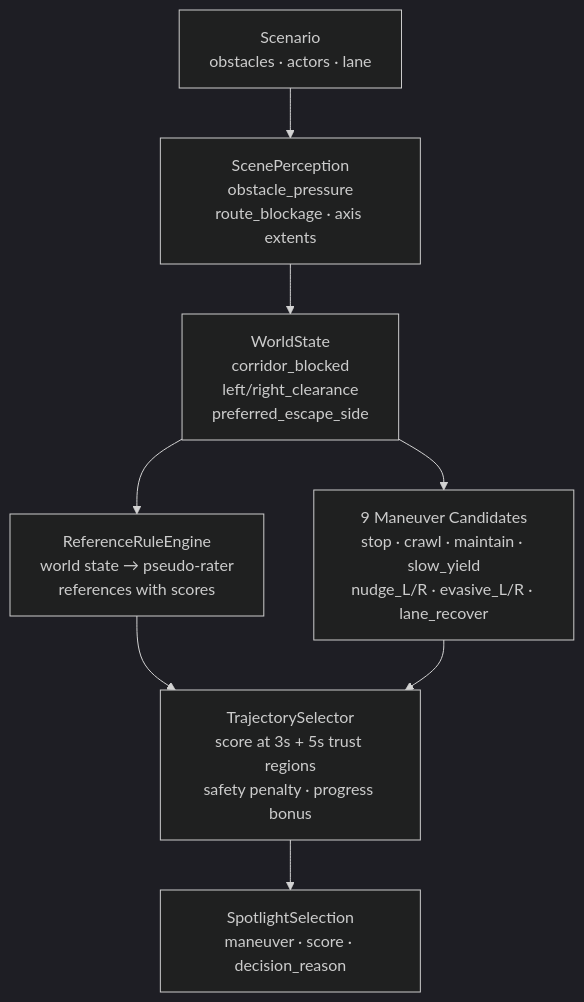
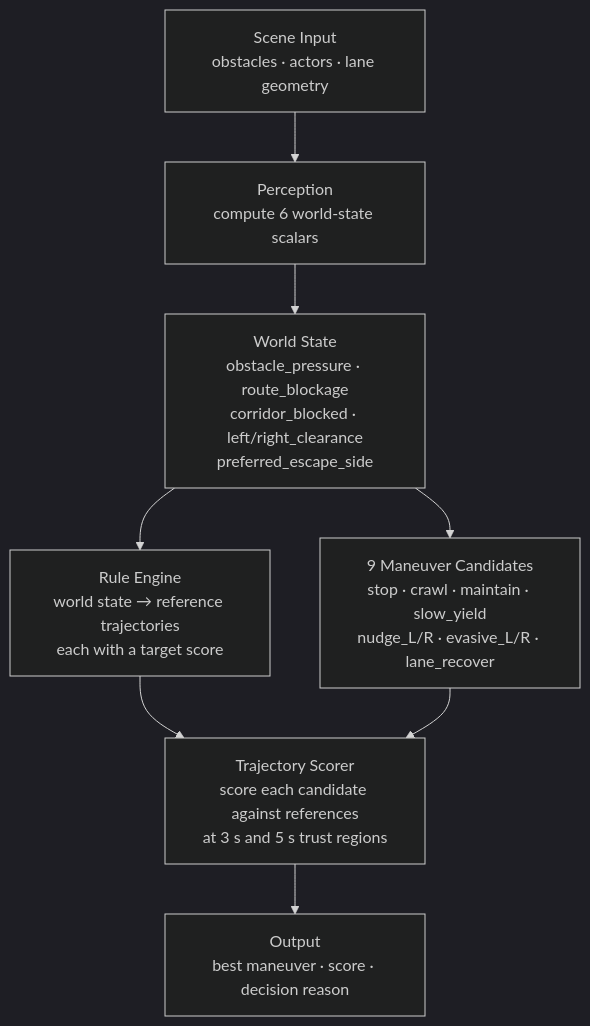
One commit to amtellezfernandez/minimal-shot-av changed the first of 3 diagrams in docs/presentation.md. Above: the diagram before and after it, drawn with Mermaid (dark theme). The commit also changed other lines of this file, not shown here.

````diff
--- a/docs/presentation.md
+++ b/docs/presentation.md
@@ -85,9 +94,9 @@
 ```mermaid
 flowchart TD
-    S[Scenario\nobstacles · actors · lane] --> P[ScenePerception\nobstacle_pressure\nroute_blockage · axis extents]
-    P --> W[WorldState\ncorridor_blocked\nleft/right_clearance\npreferred_escape_side]
-    W --> R[ReferenceRuleEngine\nworld state → pseudo-rater\nreferences with scores]
+    S[Scene Input\nobstacles · actors · lane geometry] --> P[Perception\ncompute 6 world-state scalars]
+    P --> W[World State\nobstacle_pressure · route_blockage\ncorridor_blocked · left/right_clearance\npreferred_escape_side]
+    W --> R[Rule Engine\nworld state → reference trajectories\neach with a target score]
     W --> C[9 Maneuver Candidates\nstop · crawl · maintain · slow_yield\nnudge_L/R · evasive_L/R · lane_recover]
-    R & C --> T[TrajectorySelector\nscore at 3s + 5s trust regions\nsafety penalty · progress bonus]
-    T --> O[SpotlightSelection\nmaneuver · score · decision_reason]
+    R & C --> T[Trajectory Scorer\nscore each candidate against references\nat 3 s and 5 s trust regions]
+    T --> O[Output\nbest maneuver · score · decision reason]
 ```
````
